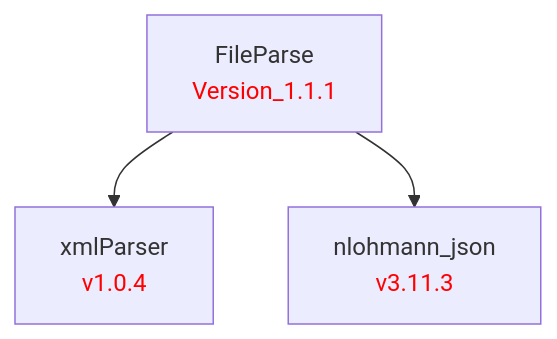
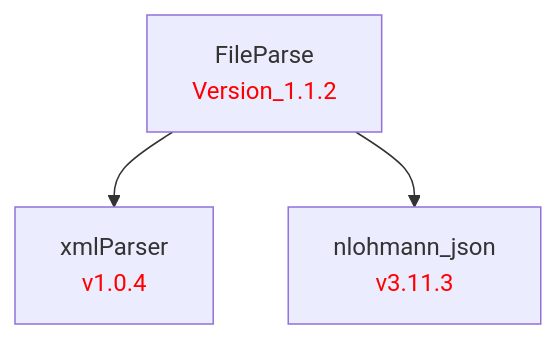
The diagram in doc/FileParse.md (LBNL-ETA/FileParse), drawn with Mermaid before and after one commit. The commit also changed 1 other file, not shown here.

Commit message:
Bump version to 1.1.2

````diff
--- a/doc/FileParse.md
+++ b/doc/FileParse.md
@@ -1,11 +1,11 @@
 ```mermaid
 graph TD
     %% Package definitions
     xmlParser[xmlParser<br/><font color='red'>v1.0.4</font>]
     nlohmann_json[nlohmann_json<br/><font color='red'>v3.11.3</font>]
-    FileParse[FileParse<br/><font color='red'>Version_1.1.1</font>]
+    FileParse[FileParse<br/><font color='red'>Version_1.1.2</font>]
 
     %% Package relations
     FileParse --> xmlParser
     FileParse --> nlohmann_json
 ```
````
